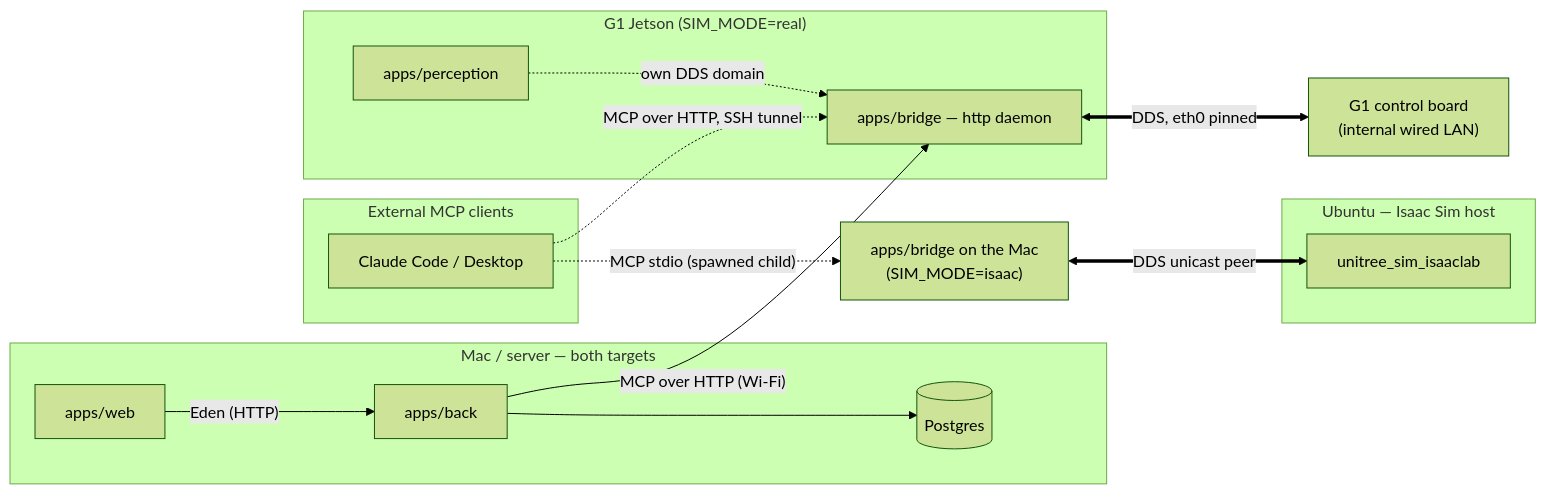
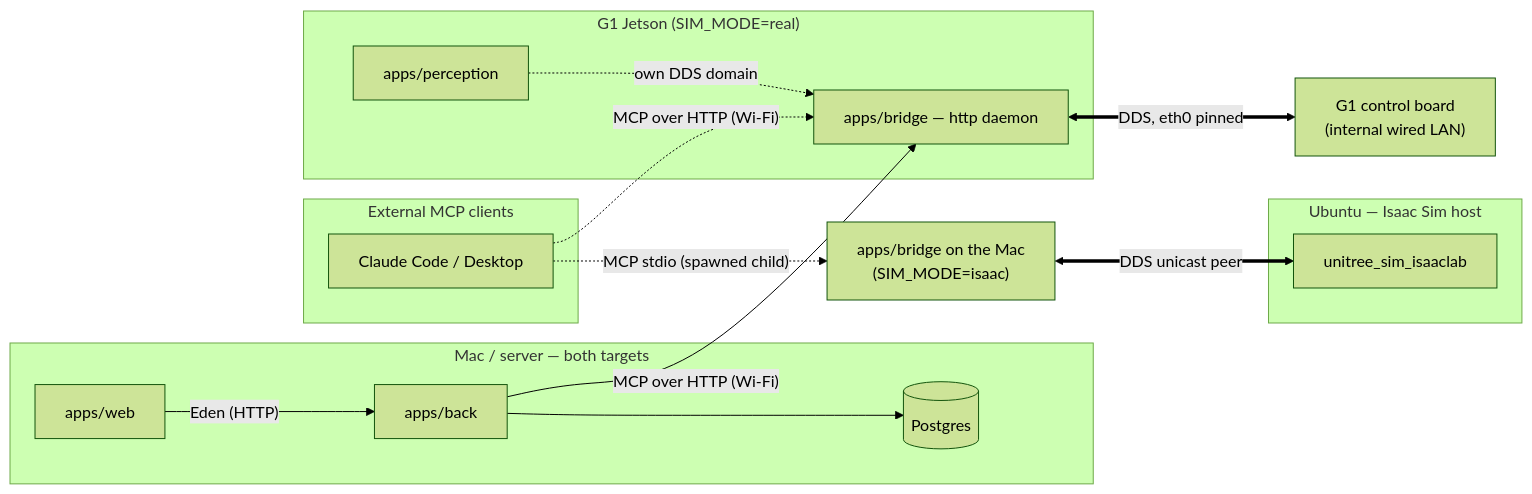
One commit to mercho40/C3PO changed the first of 2 diagrams in docs/ARCHITECTURE.md. Above: the diagram before and after it, drawn with Mermaid (forest theme). The commit also changed other lines of this file and 52 other files, not shown here.

````diff
--- a/docs/ARCHITECTURE.md
+++ b/docs/ARCHITECTURE.md
@@ -84,26 +84,26 @@
 ```mermaid
 flowchart LR
   subgraph SERVER["Mac / server — both targets"]
     WEB["apps/web"] -->|"Eden (HTTP)"| BACK["apps/back"]
     BACK --> PG[("Postgres")]
   end
   subgraph MCPC["External MCP clients"]
     CC["Claude Code / Desktop"]
   end
   subgraph SIMHOST["Ubuntu — Isaac Sim host"]
     SIM["unitree_sim_isaaclab"]
   end
   BRIDGE_S["apps/bridge on the Mac<br/>(SIM_MODE=isaac)"]
   subgraph JETSON["G1 Jetson (SIM_MODE=real)"]
     BRIDGE_R["apps/bridge — http daemon"]
     PERC["apps/perception"]
   end
   CTRL["G1 control board<br/>(internal wired LAN)"]
 
   CC -.->|"MCP stdio (spawned child)"| BRIDGE_S
-  CC -.->|"MCP over HTTP, SSH tunnel"| BRIDGE_R
+  CC -.->|"MCP over HTTP (Wi-Fi)"| BRIDGE_R
   BACK -->|"MCP over HTTP (Wi-Fi)"| BRIDGE_R
   BRIDGE_S <==>|"DDS unicast peer"| SIM
   BRIDGE_R <==>|"DDS, eth0 pinned"| CTRL
   PERC -.->|"own DDS domain"| BRIDGE_R
 ```
````
